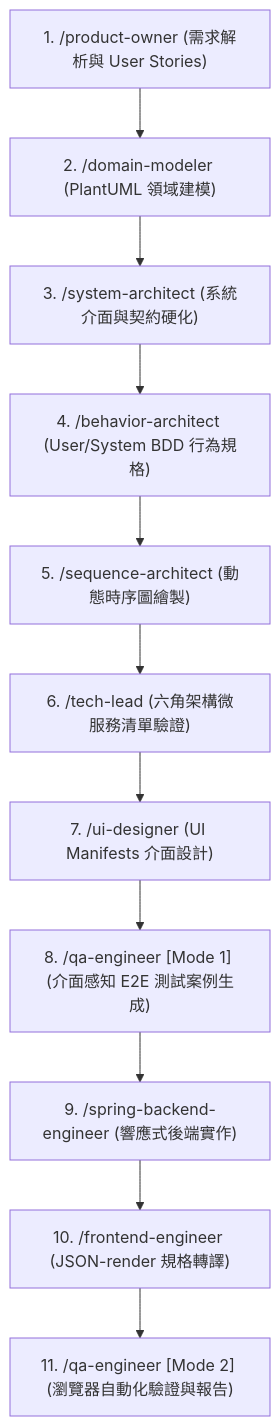
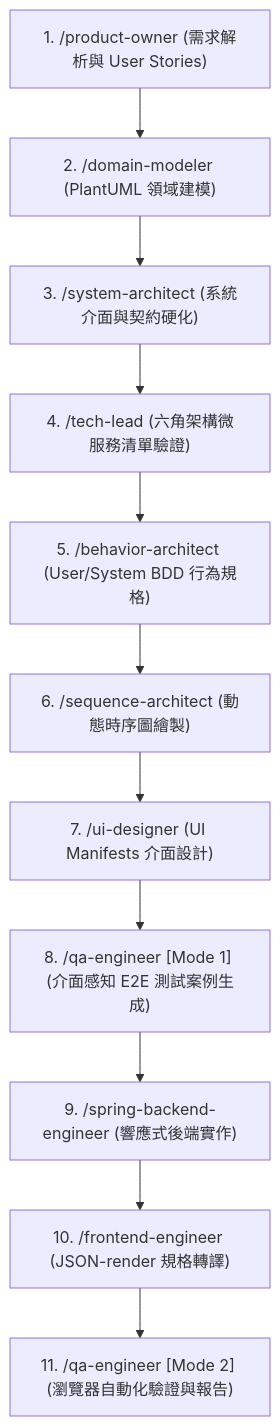
The diagram in README.md (linuschien/score-assistant), drawn with Mermaid before and after one commit.

Commit message:
docs: update project documentation in README.md

````diff
--- a/README.md
+++ b/README.md
@@ -44,16 +44,16 @@
 ```mermaid
 graph TD
     PO["1. /product-owner (需求解析與 User Stories)"]
     DM["2. /domain-modeler (PlantUML 領域建模)"]
     SysA["3. /system-architect (系統介面與契約硬化)"]
-    BA["4. /behavior-architect (User/System BDD 行為規格)"]
-    SA["5. /sequence-architect (動態時序圖繪製)"]
-    TL["6. /tech-lead (六角架構微服務清單驗證)"]
+    TL["4. /tech-lead (六角架構微服務清單驗證)"]
+    BA["5. /behavior-architect (User/System BDD 行為規格)"]
+    SA["6. /sequence-architect (動態時序圖繪製)"]
     UID["7. /ui-designer (UI Manifests 介面設計)"]
     QA1["8. /qa-engineer [Mode 1] (介面感知 E2E 測試案例生成)"]
     BE["9. /spring-backend-engineer (響應式後端實作)"]
     FE["10. /frontend-engineer (JSON-render 規格轉譯)"]
     QA2["11. /qa-engineer [Mode 2] (瀏覽器自動化驗證與報告)"]
 
-    PO --> DM --> SysA --> BA --> SA --> TL --> UID --> QA1 --> BE --> FE --> QA2
+    PO --> DM --> SysA --> TL --> BA --> SA --> UID --> QA1 --> BE --> FE --> QA2
 ```
````
